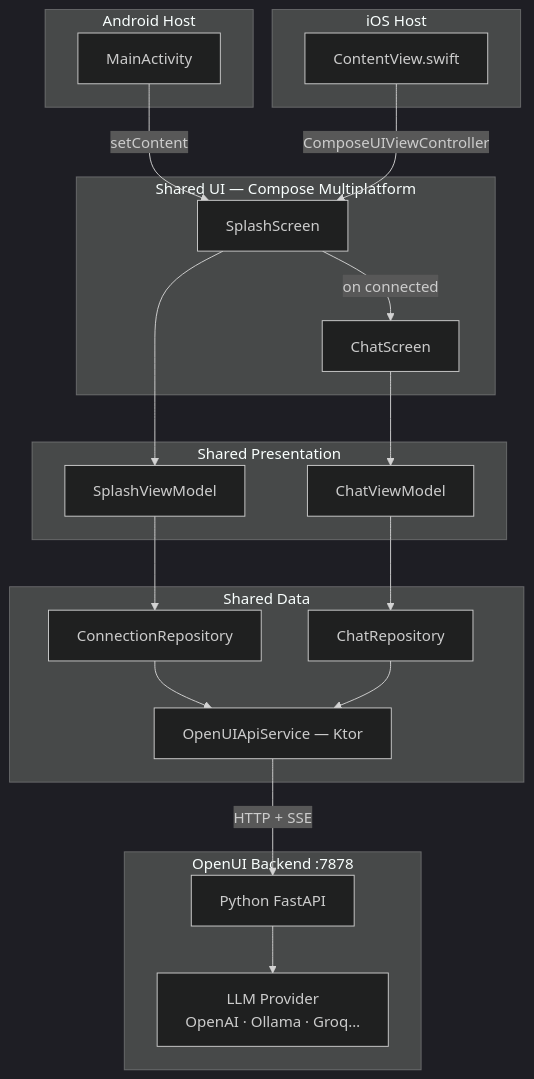
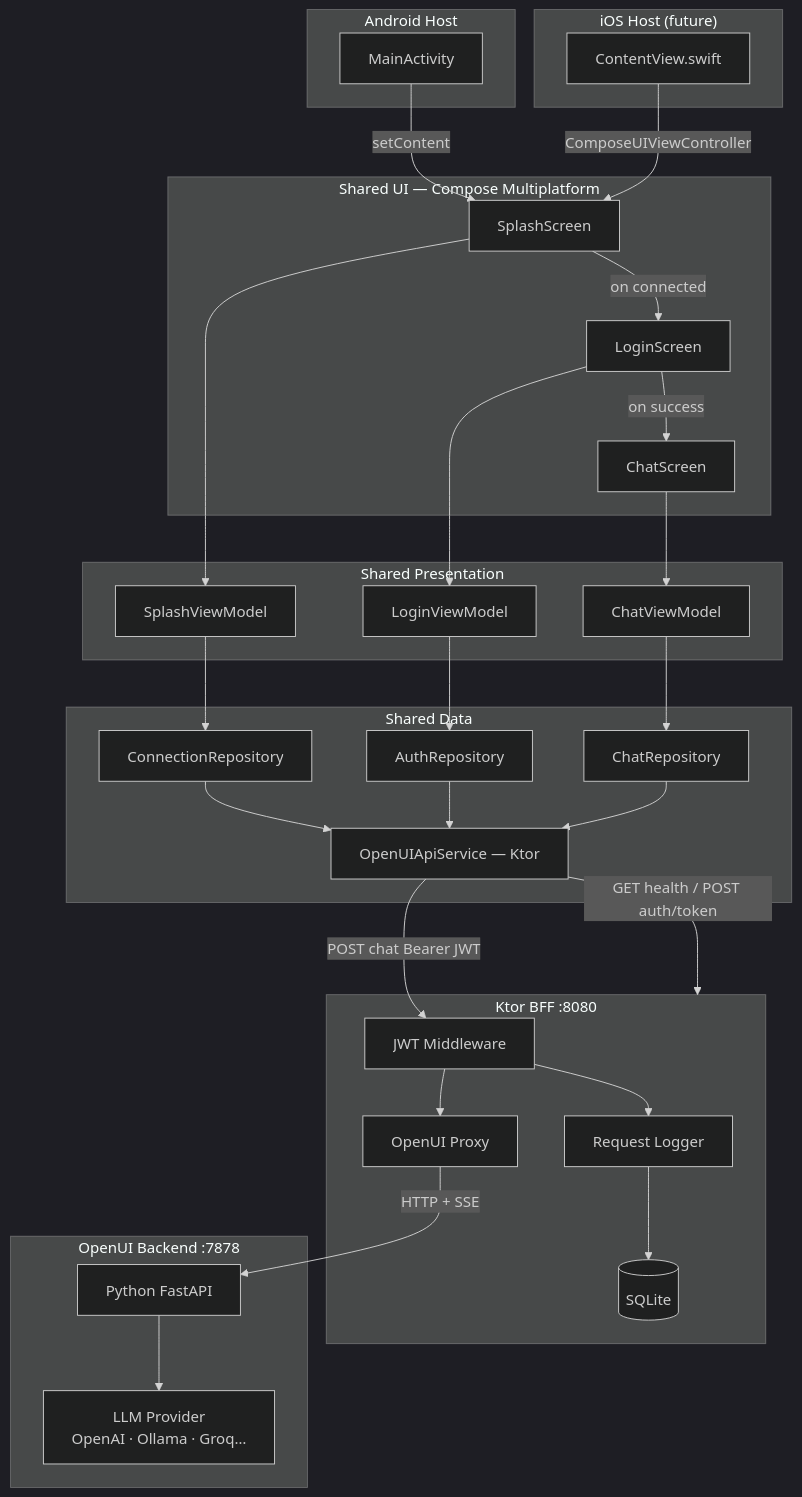
Before and after one commit to dgurnick/openui-explore: the first of 4 diagrams in README.md, drawn with Mermaid. The commit also changed other lines of this file and 36 other files, not shown here.

Commit message:
bootstrap: add Ktor BFF with JWT auth, SQLite/Flyway migrations, and SSE proxy

````diff
--- a/README.md
+++ b/README.md
@@ -82,44 +108,63 @@
 ```mermaid
 %%{init: {'theme': 'dark'}}%%
 graph TD
     subgraph Android["Android Host"]
         AM[MainActivity]
     end
 
-    subgraph iOS["iOS Host"]
+    subgraph iOS["iOS Host (future)"]
         IM[ContentView.swift]
     end
 
     subgraph KMP_UI["Shared UI — Compose Multiplatform"]
         SP[SplashScreen]
+        LG[LoginScreen]
         CH[ChatScreen]
     end
 
     subgraph KMP_VM["Shared Presentation"]
         SVM[SplashViewModel]
+        LVM[LoginViewModel]
         CVM[ChatViewModel]
     end
 
     subgraph KMP_Data["Shared Data"]
         CR[ConnectionRepository]
+        AR[AuthRepository]
         CHR[ChatRepository]
         API[OpenUIApiService — Ktor]
+    end
+
+    subgraph BFF["Ktor BFF :8080"]
+        JWTM[JWT Middleware]
+        PROXY[OpenUI Proxy]
+        DB[(SQLite)]
+        REQLOG[Request Logger]
     end
 
     subgraph Backend["OpenUI Backend :7878"]
         PY[Python FastAPI]
         LLM[LLM Provider\nOpenAI · Ollama · Groq…]
     end
 
     AM -->|setContent| SP
     IM -->|ComposeUIViewController| SP
     SP --> SVM
-    SP -- "on connected" --> CH
+    SP -- "on connected" --> LG
+    LG --> LVM
+    LG -- "on success" --> CH
     CH --> CVM
     SVM --> CR
+    LVM --> AR
     CVM --> CHR
     CR --> API
+    AR --> API
     CHR --> API
-    API -->|HTTP + SSE| PY
+    API -->|GET health / POST auth/token| BFF
+    API -->|POST chat Bearer JWT| JWTM
+    JWTM --> PROXY
+    JWTM --> REQLOG
+    REQLOG --> DB
+    PROXY -->|HTTP + SSE| PY
     PY --> LLM
 ```
````
